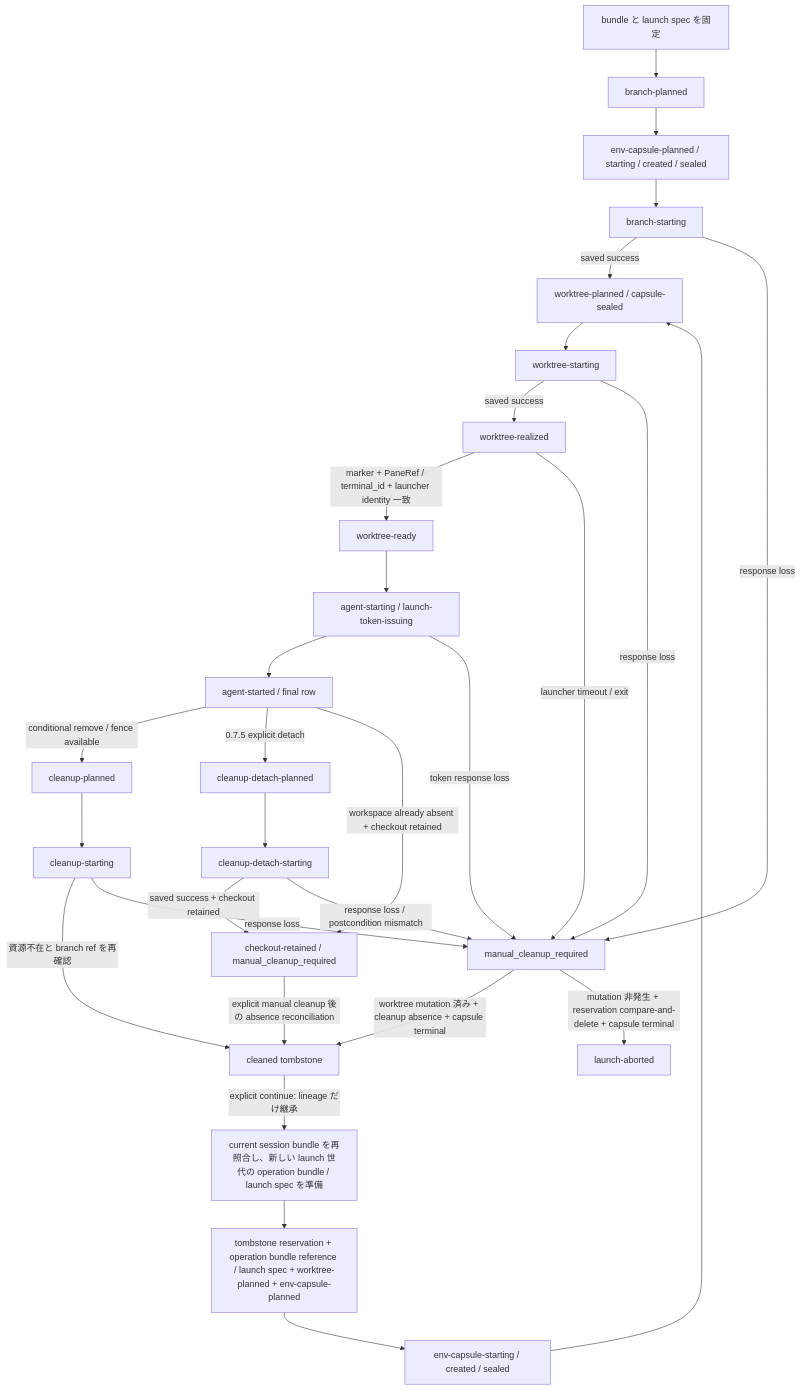
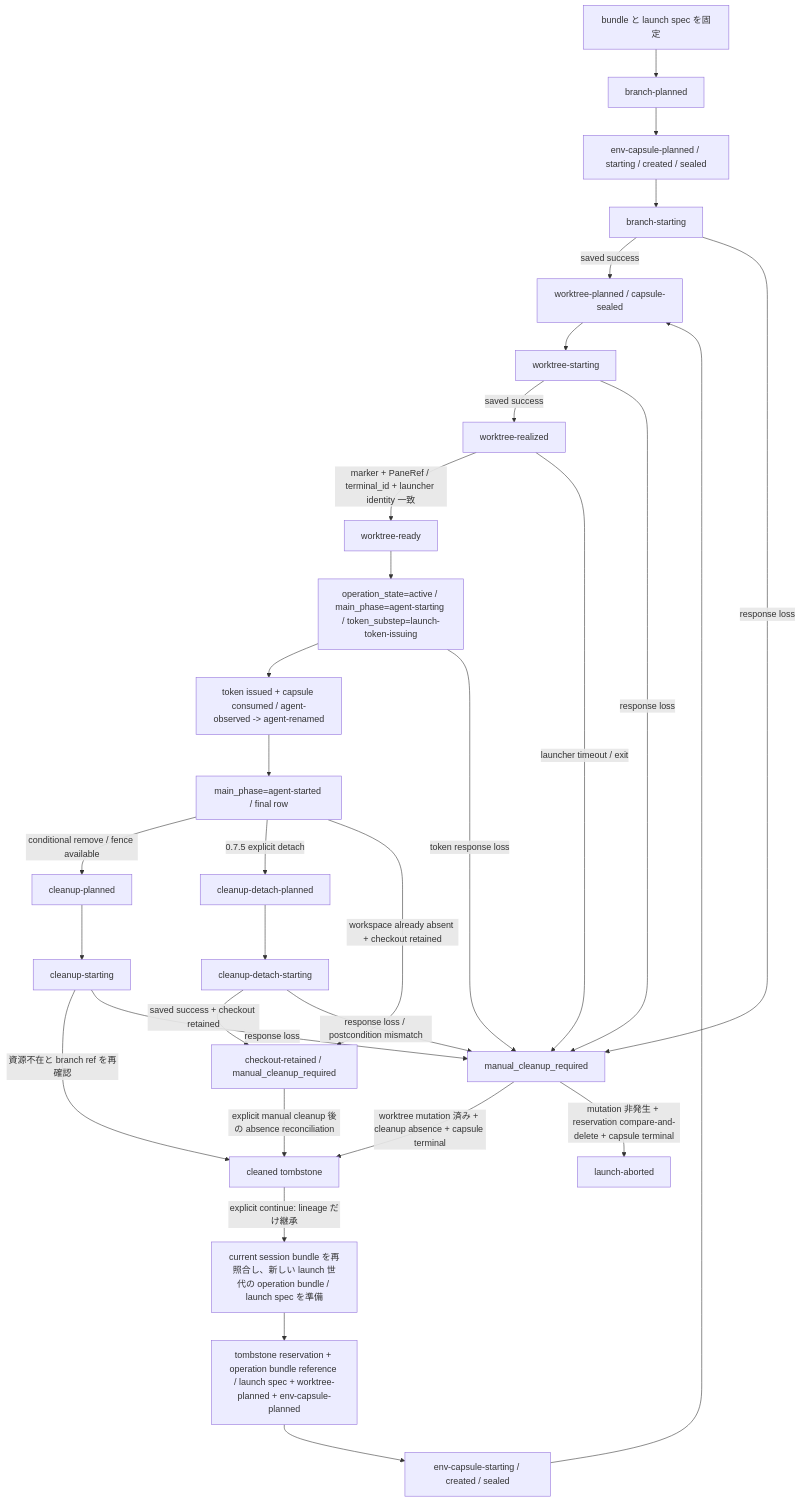
The diagram in docs/herdr-runtime-backend-spike.ja.md (butaosuinu/fanout), drawn with Mermaid before and after one commit. The commit also changed other lines of this file, not shown here.

````diff
--- a/docs/herdr-runtime-backend-spike.ja.md
+++ b/docs/herdr-runtime-backend-spike.ja.md
@@ -559,32 +573,33 @@
 ```mermaid
 flowchart TD
   A["bundle と launch spec を固定"] --> B["branch-planned"]
   B --> EC["env-capsule-planned / starting / created / sealed"]
   EC --> C["branch-starting"]
   C -->|saved success| D["worktree-planned / capsule-sealed"]
   D --> E["worktree-starting"]
   E -->|saved success| F["worktree-realized"]
   F -->|marker + PaneRef / terminal_id + launcher identity 一致| WR["worktree-ready"]
-  WR --> G["agent-starting / launch-token-issuing"]
-  G --> H["agent-started / final row"]
+  WR --> G["operation_state=active / main_phase=agent-starting / token_substep=launch-token-issuing"]
+  G --> GO["token issued + capsule consumed / agent-observed -> agent-renamed"]
+  GO --> H["main_phase=agent-started / final row"]
   H -->|conditional remove / fence available| I["cleanup-planned"]
   H -->|0.7.5 explicit detach| DP["cleanup-detach-planned"]
   DP --> DS["cleanup-detach-starting"]
   DS -->|saved success + checkout retained| R["checkout-retained / manual_cleanup_required"]
   H -->|workspace already absent + checkout retained| R
   I --> J["cleanup-starting"]
   J -->|資源不在と branch ref を再確認| K["cleaned tombstone"]
   R -->|explicit manual cleanup 後の absence reconciliation| K
   X -->|worktree mutation 済み + cleanup absence + capsule terminal| K
   X -->|mutation 非発生 + reservation compare-and-delete + capsule terminal| LA["launch-aborted"]
   K -->|explicit continue: lineage だけ継承| CA["current session bundle を再照合し、新しい launch 世代の operation bundle / launch spec を準備"]
   CA --> CP["tombstone reservation + operation bundle reference / launch spec + worktree-planned + env-capsule-planned"]
   CP --> CC["env-capsule-starting / created / sealed"]
   CC --> D
   C -->|response loss| X["manual_cleanup_required"]
   E -->|response loss| X
   F -->|launcher timeout / exit| X
   G -->|token response loss| X
   DS -->|response loss / postcondition mismatch| X
   J -->|response loss| X
 ```
````
